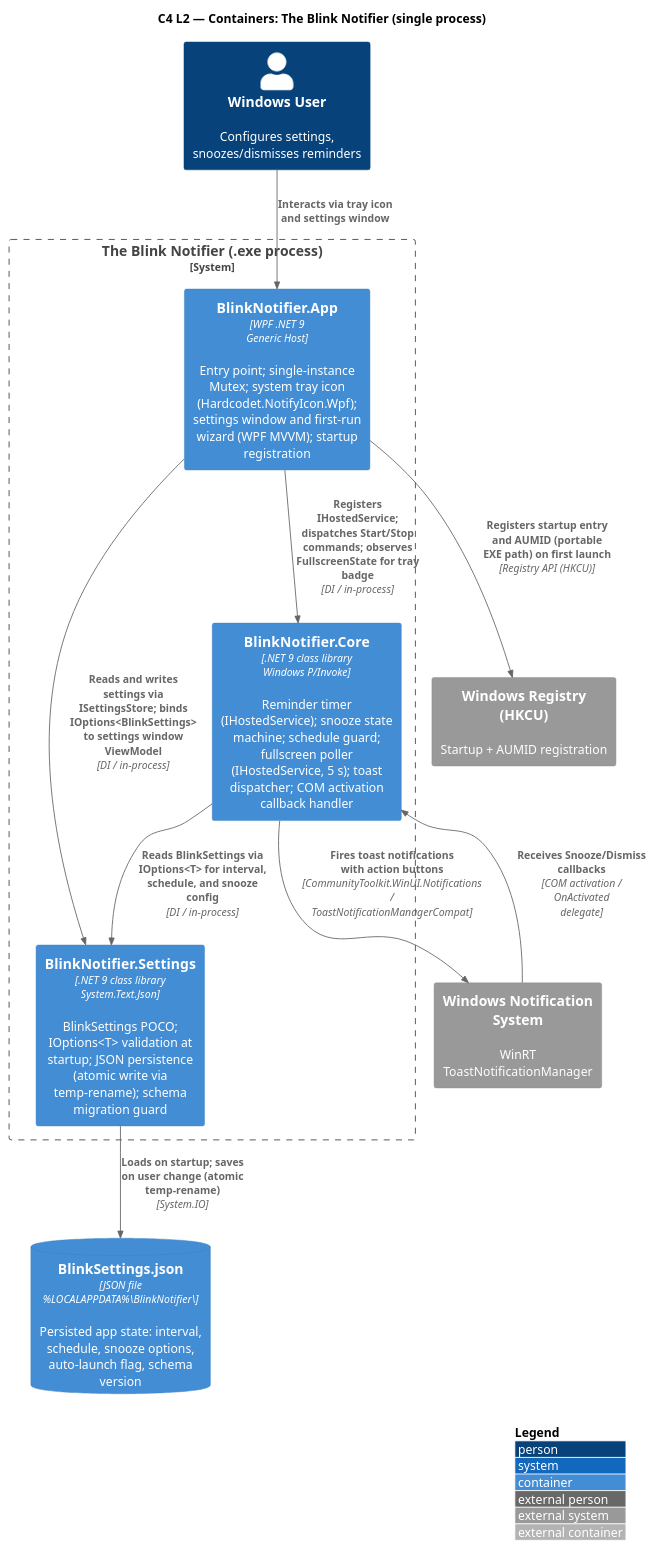
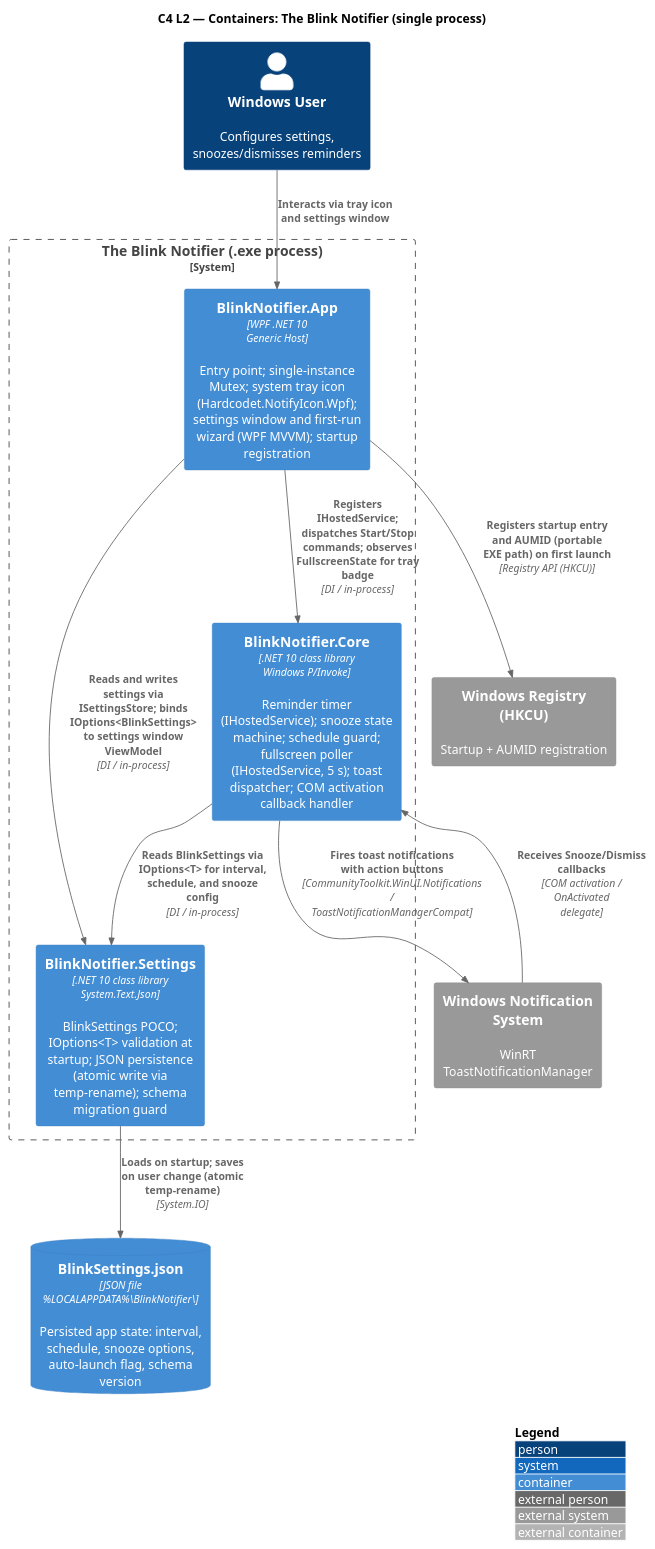
The diagram in docs/diagrams/c2-containers.puml (abrahamFerga/the-blink-notifier), drawn with PlantUML before and after one commit. The commit also changed 1 other file, not shown here.

Commit message:
docs: fix stale PlantUML diagrams — .NET 9 -> .NET 10, & -> ;, remove OnExpired
c2-containers.puml: .NET 9 -> .NET 10 in all three container descriptions

c3-components-core.puml (full rewrite of stale content):
- SnoozeStateMachine: remove 'fires OnExpired event' — expiry detected by
  polling IsSnoozed in the timer loop
- ToastActivationHandler: & -> ; separator in argument examples; document
  that both snooze and dismiss paths call ResetTimer()
- ReminderTimerService: remove 'subscribes OnExpired' relationship and its
  corresponding Rel() arrow; add accurate description of snooze wait logic
- Container labels: WPF .NET 9 -> WPF .NET 10, .NET 9 library -> .NET 10

```diff
--- a/docs/diagrams/c2-containers.puml
+++ b/docs/diagrams/c2-containers.puml
@@ -1,34 +1,34 @@
 @startuml c2-containers
 !include https://raw.githubusercontent.com/plantuml-stdlib/C4-PlantUML/master/C4_Container.puml
 
 LAYOUT_WITH_LEGEND()
 
 title C4 L2 — Containers: The Blink Notifier (single process)
 
 Person(user, "Windows User", "Configures settings, snoozes/dismisses reminders")
 
 System_Boundary(blink, "The Blink Notifier (.exe process)") {
 
-    Container(app, "BlinkNotifier.App", "WPF .NET 9\nGeneric Host", "Entry point; single-instance Mutex; system tray icon (Hardcodet.NotifyIcon.Wpf); settings window and first-run wizard (WPF MVVM); startup registration")
+    Container(app, "BlinkNotifier.App", "WPF .NET 10\nGeneric Host", "Entry point; single-instance Mutex; system tray icon (Hardcodet.NotifyIcon.Wpf); settings window and first-run wizard (WPF MVVM); startup registration")
 
-    Container(core, "BlinkNotifier.Core", ".NET 9 class library\nWindows P/Invoke", "Reminder timer (IHostedService); snooze state machine; schedule guard; fullscreen poller (IHostedService, 5 s); toast dispatcher; COM activation callback handler")
+    Container(core, "BlinkNotifier.Core", ".NET 10 class library\nWindows P/Invoke", "Reminder timer (IHostedService); snooze state machine; schedule guard; fullscreen poller (IHostedService, 5 s); toast dispatcher; COM activation callback handler")
 
-    Container(settings_lib, "BlinkNotifier.Settings", ".NET 9 class library\nSystem.Text.Json", "BlinkSettings POCO; IOptions<T> validation at startup; JSON persistence (atomic write via temp-rename); schema migration guard")
+    Container(settings_lib, "BlinkNotifier.Settings", ".NET 10 class library\nSystem.Text.Json", "BlinkSettings POCO; IOptions<T> validation at startup; JSON persistence (atomic write via temp-rename); schema migration guard")
 
 }
 
 ContainerDb(settings_file, "BlinkSettings.json", "JSON file\n%LOCALAPPDATA%\\BlinkNotifier\\", "Persisted app state: interval, schedule, snooze options, auto-launch flag, schema version")
 
 System_Ext(wintoast, "Windows Notification System", "WinRT ToastNotificationManager")
 System_Ext(winreg, "Windows Registry (HKCU)", "Startup + AUMID registration")
 
 Rel(user, app, "Interacts via tray icon and settings window")
 Rel(app, core, "Registers IHostedService; dispatches Start/Stop commands; observes FullscreenState for tray badge", "DI / in-process")
 Rel(app, settings_lib, "Reads and writes settings via ISettingsStore; binds IOptions<BlinkSettings> to settings window ViewModel", "DI / in-process")
 Rel(core, settings_lib, "Reads BlinkSettings via IOptions<T> for interval, schedule, and snooze config", "DI / in-process")
 Rel(settings_lib, settings_file, "Loads on startup; saves on user change (atomic temp-rename)", "System.IO")
 Rel(core, wintoast, "Fires toast notifications with action buttons", "CommunityToolkit.WinUI.Notifications / ToastNotificationManagerCompat")
 Rel_Back(core, wintoast, "Receives Snooze/Dismiss callbacks", "COM activation / OnActivated delegate")
 Rel(app, winreg, "Registers startup entry and AUMID (portable EXE path) on first launch", "Registry API (HKCU)")
 
 @enduml
```
